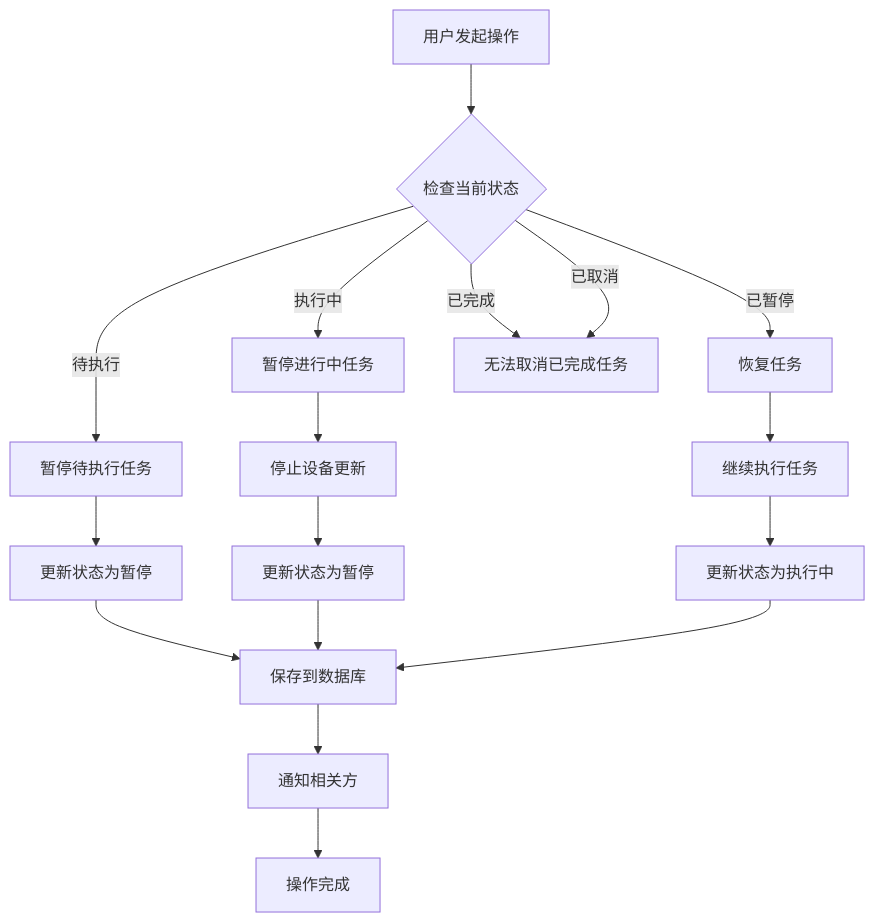
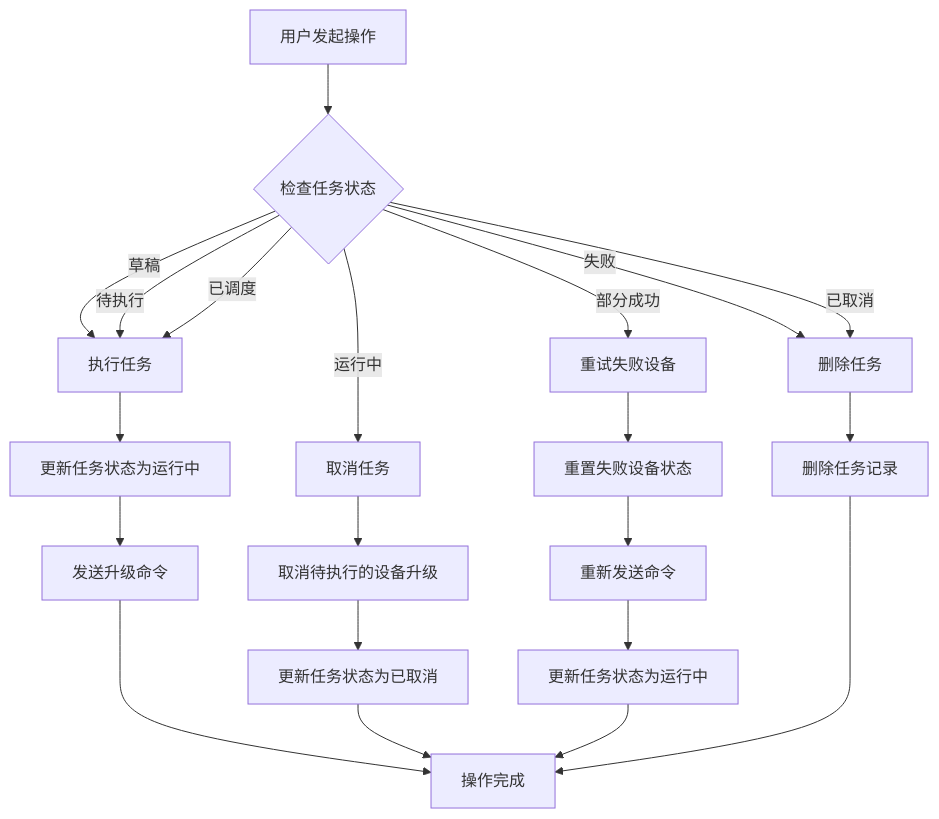
Diagram 14 of 18 in .qoder/repowiki/zh/content/OTA升级系统/OTA任务调度/OTA任务调度.md (mcmrzy/cs_inv_monitor-develop), drawn with Mermaid before and after one commit. The commit also changed other lines of this file and 128 other files, not shown here.

````diff
--- a/.qoder/repowiki/zh/content/OTA升级系统/OTA任务调度/OTA任务调度.md
+++ b/.qoder/repowiki/zh/content/OTA升级系统/OTA任务调度/OTA任务调度.md
@@ -515,19 +617,23 @@
 ```mermaid
 flowchart TD
-START[用户发起操作] --> CHECK_STATUS{检查当前状态}
-CHECK_STATUS --> |待执行| PAUSE_PENDING[暂停待执行任务]
-CHECK_STATUS --> |执行中| PAUSE_RUNNING[暂停进行中任务]
-CHECK_STATUS --> |已暂停| RESUME[恢复任务]
-CHECK_STATUS --> |已完成| CANCEL_ERROR[无法取消已完成任务]
-CHECK_STATUS --> |已取消| CANCEL_ERROR
-PAUSE_PENDING --> UPDATE_PENDING[更新状态为暂停]
-PAUSE_RUNNING --> STOP_DEVICES[停止设备更新]
-STOP_DEVICES --> UPDATE_RUNNING[更新状态为暂停]
-RESUME --> CONTINUE_EXECUTION[继续执行任务]
-CONTINUE_EXECUTION --> UPDATE_RESUME[更新状态为执行中]
-UPDATE_PENDING --> SAVE_DB[保存到数据库]
-UPDATE_RUNNING --> SAVE_DB
-UPDATE_RESUME --> SAVE_DB
-SAVE_DB --> NOTIFY[通知相关方]
-NOTIFY --> END[操作完成]
+START[用户发起操作] --> CHECK_TASK_STATUS{检查任务状态}
+CHECK_TASK_STATUS --> |草稿| EXECUTE_TASK[执行任务]
+CHECK_TASK_STATUS --> |待执行| EXECUTE_TASK
+CHECK_TASK_STATUS --> |已调度| EXECUTE_TASK
+CHECK_TASK_STATUS --> |运行中| CANCEL_TASK[取消任务]
+CHECK_TASK_STATUS --> |部分成功| RETRY_TASK[重试失败设备]
+CHECK_TASK_STATUS --> |失败| DELETE_TASK[删除任务]
+CHECK_TASK_STATUS --> |已取消| DELETE_TASK
+EXECUTE_TASK --> UPDATE_TASK_STATUS[更新任务状态为运行中]
+UPDATE_TASK_STATUS --> SEND_COMMANDS[发送升级命令]
+SEND_COMMANDS --> END[操作完成]
+CANCEL_TASK --> CANCEL_UPGRADES[取消待执行的设备升级]
+CANCEL_UPGRADES --> UPDATE_TASK_STATUS2[更新任务状态为已取消]
+UPDATE_TASK_STATUS2 --> END
+RETRY_TASK --> RESET_FAILED[重置失败设备状态]
+RESET_FAILED --> RESEND_COMMANDS[重新发送命令]
+RESEND_COMMANDS --> UPDATE_TASK_STATUS3[更新任务状态为运行中]
+UPDATE_TASK_STATUS3 --> END
+DELETE_TASK --> DELETE_TASK_RECORD[删除任务记录]
+DELETE_TASK_RECORD --> END
 ```
````
